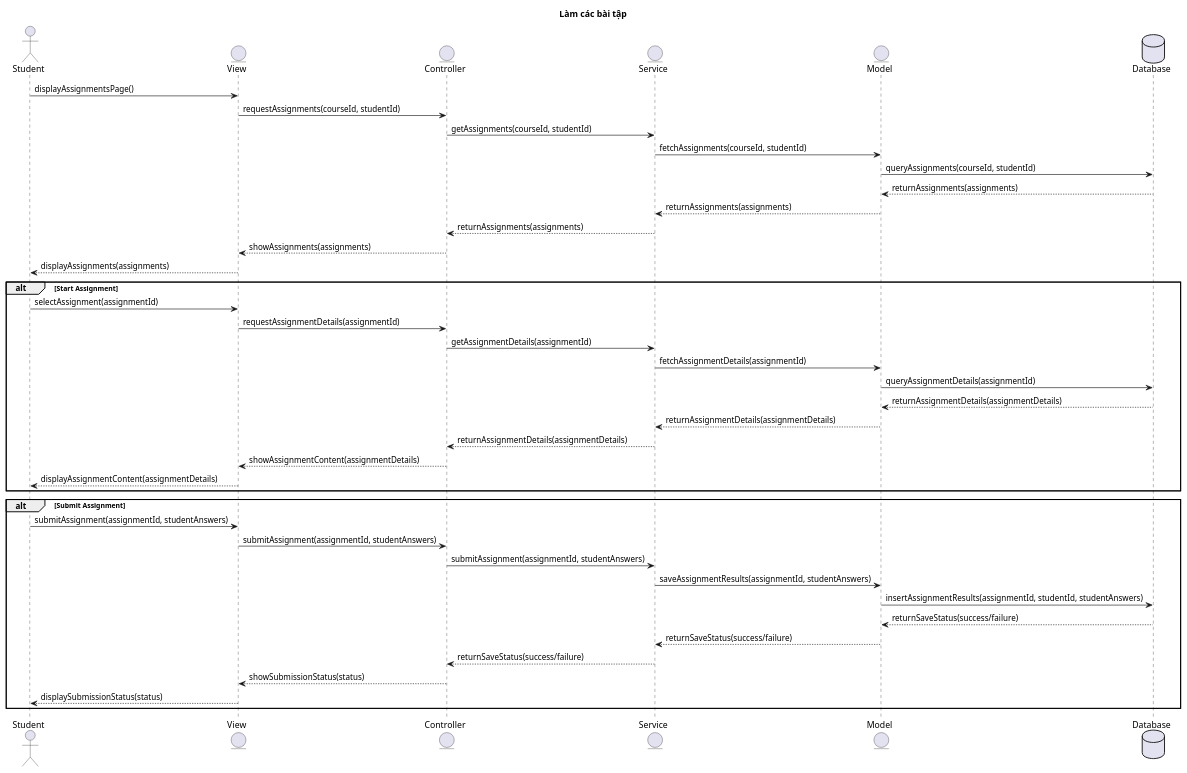
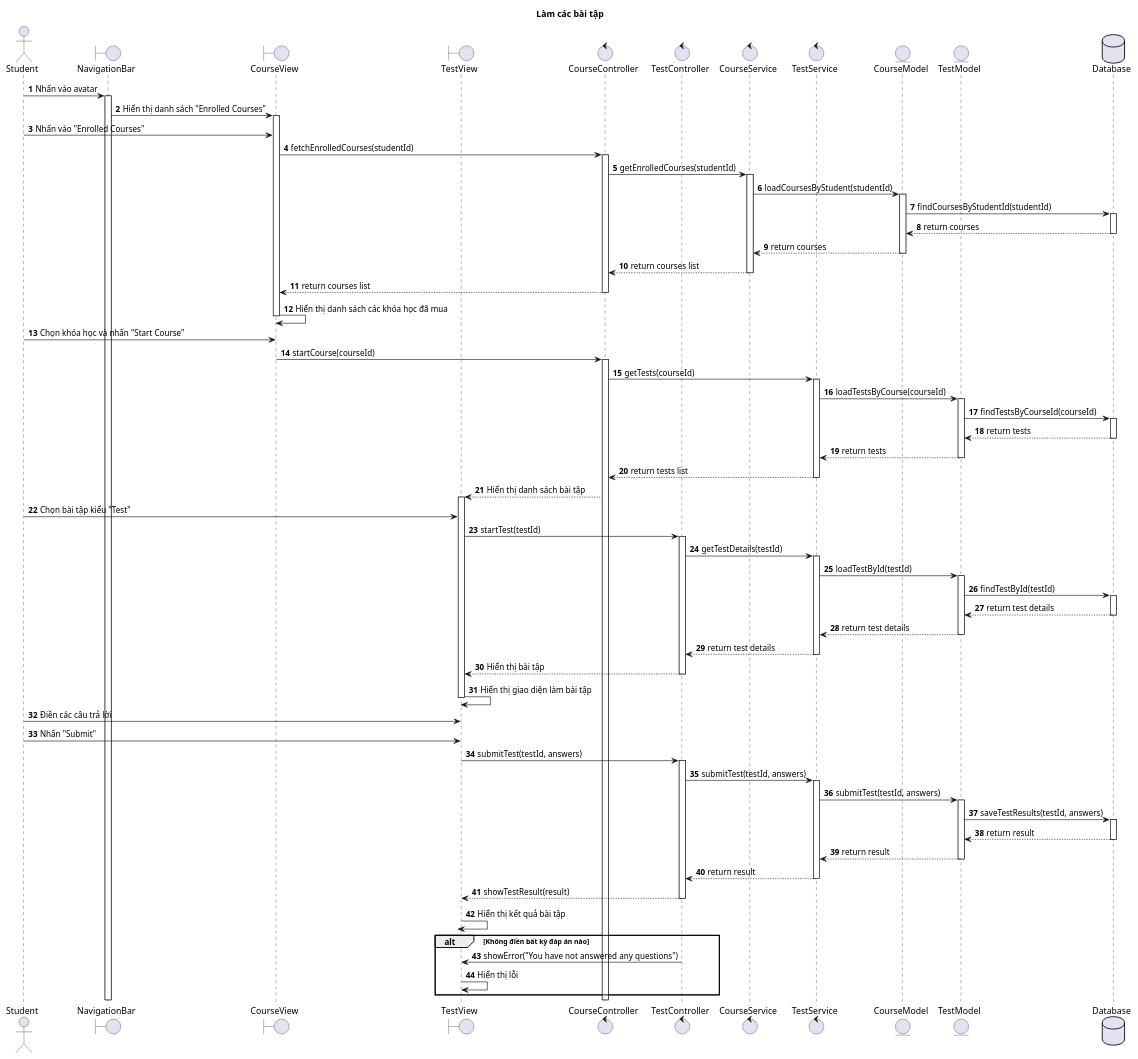
One commit to UniversityWeb/easy-english-be changed the diagram in sequence-diagram/UC_012 Làm các bài tập.puml. Above: the diagram before and after it, drawn with PlantUML. The commit also changed 13 other files, not shown here.

```diff
--- a/sequence-diagram/UC_012 Làm các bài tập.puml
+++ b/sequence-diagram/UC_012 Làm các bài tập.puml
@@ -1,48 +1,126 @@
 @startuml
 title Làm các bài tập
 
+autonumber
+
 actor Student
-entity View
-entity Controller
-entity Service
-entity Model
-Database Database
+boundary NavigationBar
+boundary CourseView
+boundary TestView
+control CourseController
+control TestController
+control CourseService
+control TestService
+entity CourseModel
+entity TestModel
+database Database
 
-Student -> View : displayAssignmentsPage()
-View -> Controller : requestAssignments(courseId, studentId)
-Controller -> Service : getAssignments(courseId, studentId)
-Service -> Model : fetchAssignments(courseId, studentId)
-Model -> Database : queryAssignments(courseId, studentId)
-Database --> Model : returnAssignments(assignments)
-Model --> Service : returnAssignments(assignments)
-Service --> Controller : returnAssignments(assignments)
-Controller --> View : showAssignments(assignments)
-View --> Student : displayAssignments(assignments)
+Student -> NavigationBar : Nhấn vào avatar
+activate NavigationBar
+NavigationBar -> CourseView : Hiển thị danh sách "Enrolled Courses"
+activate CourseView
 
-alt Start Assignment
-    Student -> View : selectAssignment(assignmentId)
-    View -> Controller : requestAssignmentDetails(assignmentId)
-    Controller -> Service : getAssignmentDetails(assignmentId)
-    Service -> Model : fetchAssignmentDetails(assignmentId)
-    Model -> Database : queryAssignmentDetails(assignmentId)
-    Database --> Model : returnAssignmentDetails(assignmentDetails)
-    Model --> Service : returnAssignmentDetails(assignmentDetails)
-    Service --> Controller : returnAssignmentDetails(assignmentDetails)
-    Controller --> View : showAssignmentContent(assignmentDetails)
-    View --> Student : displayAssignmentContent(assignmentDetails)
-end
+Student -> CourseView : Nhấn vào "Enrolled Courses"
+CourseView -> CourseController : fetchEnrolledCourses(studentId)
+activate CourseController
 
-alt Submit Assignment
-    Student -> View : submitAssignment(assignmentId, studentAnswers)
-    View -> Controller : submitAssignment(assignmentId, studentAnswers)
-    Controller -> Service : submitAssignment(assignmentId, studentAnswers)
-    Service -> Model : saveAssignmentResults(assignmentId, studentAnswers)
-    Model -> Database : insertAssignmentResults(assignmentId, studentId, studentAnswers)
-    Database --> Model : returnSaveStatus(success/failure)
-    Model --> Service : returnSaveStatus(success/failure)
-    Service --> Controller : returnSaveStatus(success/failure)
-    Controller --> View : showSubmissionStatus(status)
-    View --> Student : displaySubmissionStatus(status)
+CourseController -> CourseService : getEnrolledCourses(studentId)
+activate CourseService
+
+CourseService -> CourseModel : loadCoursesByStudent(studentId)
+activate CourseModel
+CourseModel -> Database : findCoursesByStudentId(studentId)
+activate Database
+Database --> CourseModel : return courses
+deactivate Database
+CourseModel --> CourseService : return courses
+deactivate CourseModel
+
+CourseService --> CourseController : return courses list
+deactivate CourseService
+
+CourseController --> CourseView : return courses list
+deactivate CourseController
+
+CourseView -> CourseView : Hiển thị danh sách các khóa học đã mua
+deactivate CourseView
+
+Student -> CourseView : Chọn khóa học và nhấn "Start Course"
+CourseView -> CourseController : startCourse(courseId)
+activate CourseController
+
+CourseController -> TestService : getTests(courseId)
+activate TestService
+
+TestService -> TestModel : loadTestsByCourse(courseId)
+activate TestModel
+TestModel -> Database : findTestsByCourseId(courseId)
+activate Database
+Database --> TestModel : return tests
+deactivate Database
+TestModel --> TestService : return tests
+deactivate TestModel
+
+TestService --> CourseController : return tests list
+deactivate TestService
+
+CourseController --> TestView : Hiển thị danh sách bài tập
+activate TestView
+
+Student -> TestView : Chọn bài tập kiểu "Test"
+TestView -> TestController : startTest(testId)
+activate TestController
+
+TestController -> TestService : getTestDetails(testId)
+activate TestService
+
+TestService -> TestModel : loadTestById(testId)
+activate TestModel
+TestModel -> Database : findTestById(testId)
+activate Database
+Database --> TestModel : return test details
+deactivate Database
+TestModel --> TestService : return test details
+deactivate TestModel
+
+TestService --> TestController : return test details
+deactivate TestService
+
+TestController --> TestView : Hiển thị bài tập
+deactivate TestController
+
+TestView -> TestView : Hiển thị giao diện làm bài tập
+deactivate TestView
+
+Student -> TestView : Điền các câu trả lời
+Student -> TestView : Nhấn "Submit"
+TestView -> TestController : submitTest(testId, answers)
+activate TestController
+
+TestController -> TestService : submitTest(testId, answers)
+activate TestService
+
+TestService -> TestModel : submitTest(testId, answers)
+activate TestModel
+TestModel -> Database : saveTestResults(testId, answers)
+activate Database
+Database --> TestModel : return result
+deactivate Database
+TestModel --> TestService : return result
+deactivate TestModel
+
+TestService --> TestController : return result
+deactivate TestService
+
+TestController --> TestView : showTestResult(result)
+deactivate TestController
+
+TestView -> TestView : Hiển thị kết quả bài tập
+deactivate TestView
+
+alt Không điền bất kỳ đáp án nào
+    TestController -> TestView : showError("You have not answered any questions")
+    TestView -> TestView : Hiển thị lỗi
 end
 
 @enduml
```
